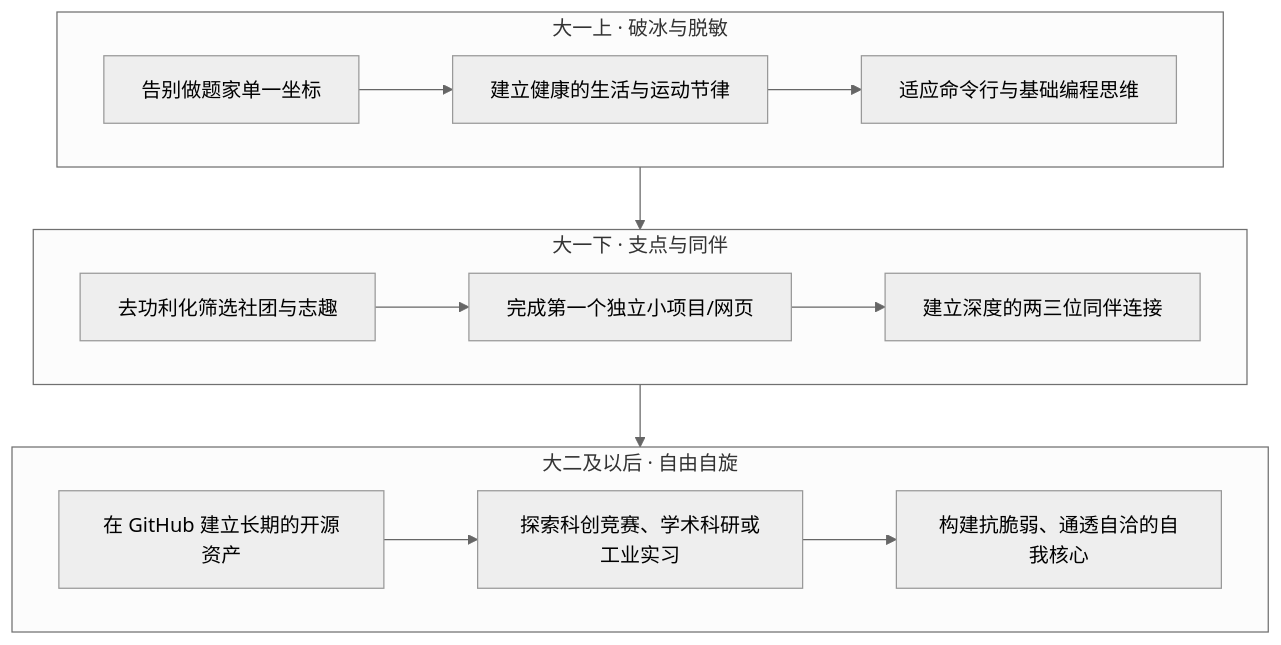
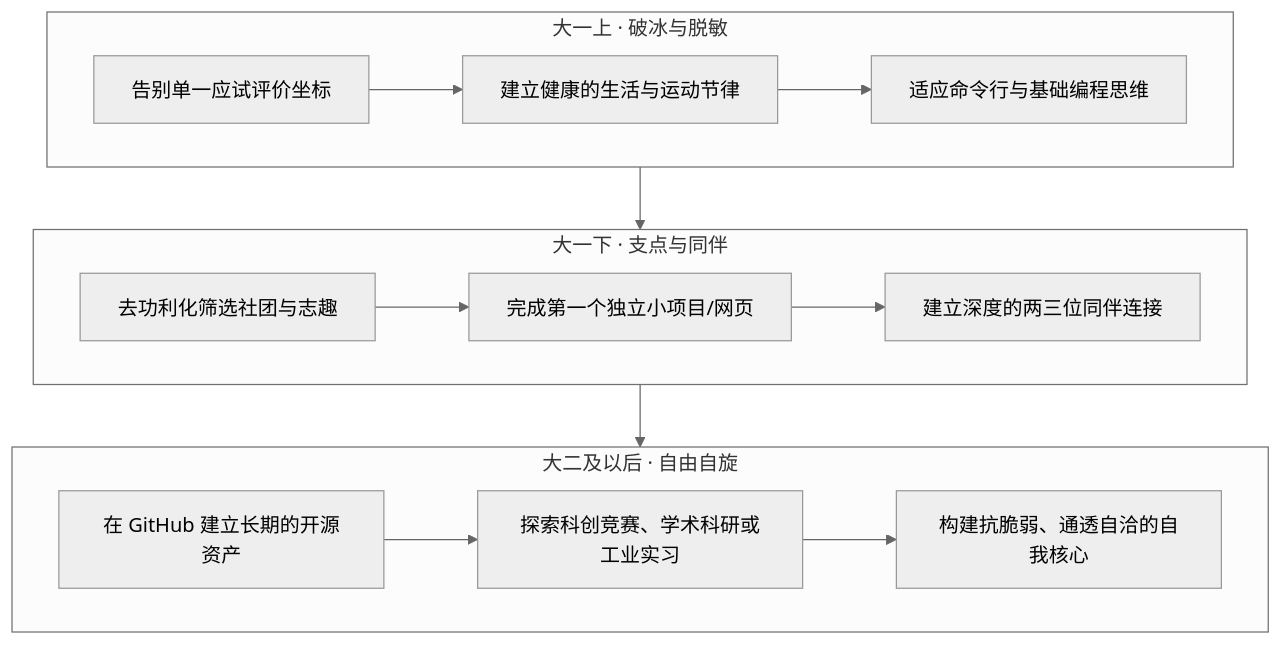
The diagram in src/content/life/guide-peer-mentors.md (NJUPT-CS-StuDev/studev), drawn with Mermaid (neutral theme) before and after one commit. The commit also changed other lines of this file and 7 other files, not shown here.

````diff
--- a/src/content/life/guide-peer-mentors.md
+++ b/src/content/life/guide-peer-mentors.md
@@ -139,19 +139,19 @@
 ```mermaid
 flowchart TD
     subgraph S1["大一上 · 破冰与脱敏"]
-        A1["告别做题家单一坐标"] --> A2["建立健康的生活与运动节律"]
+        A1["告别单一应试评价坐标"] --> A2["建立健康的生活与运动节律"]
         A2 --> A3["适应命令行与基础编程思维"]
     end
 
     subgraph S2["大一下 · 支点与同伴"]
         B1["去功利化筛选社团与志趣"] --> B2["完成第一个独立小项目/网页"]
         B2 --> B3["建立深度的两三位同伴连接"]
     end
 
     subgraph S3["大二及以后 · 自由自旋"]
         C1["在 GitHub 建立长期的开源资产"] --> C2["探索科创竞赛、学术科研或工业实习"]
         C2 --> C3["构建抗脆弱、通透自洽的自我核心"]
     end
 
     S1 --> S2 --> S3
 ```
````
